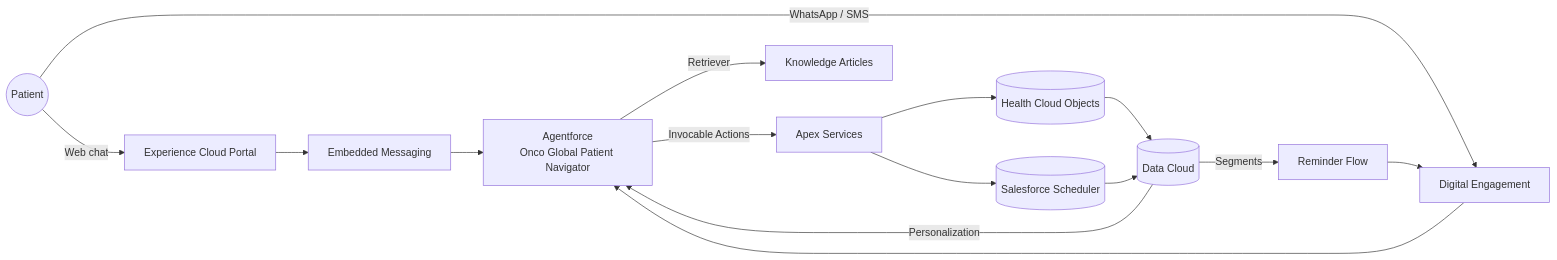
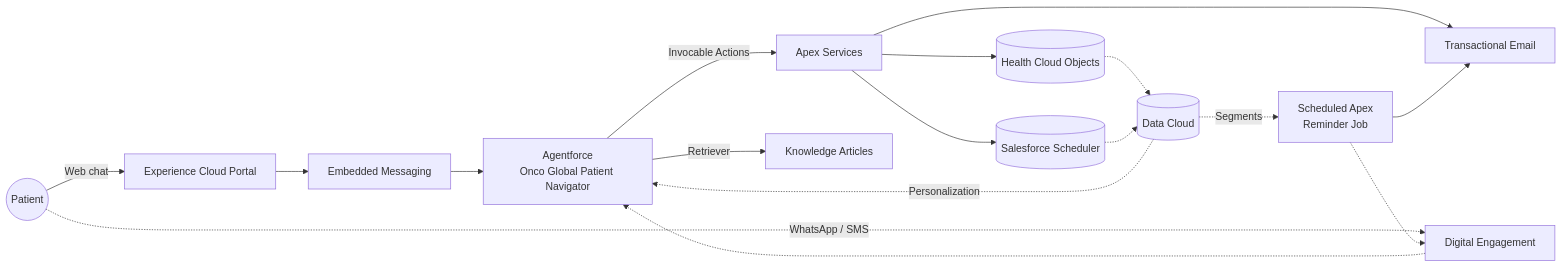
Before and after one commit to fsdev0108/Onco-Global-Patient-Navigator: the diagram in README.md, drawn with Mermaid. The commit also changed other lines of this file, not shown here.

Commit message:
Make README scope claims honest about web-only v1.0 reach
Three places overstated current channel coverage by listing WhatsApp /
SMS as if they were already shipped: the top-of-README description,
the architecture diagram, and the new roadmap intro paragraph. v1.0-mvp
ships only the Experience Cloud web-chat surface plus scheduled
transactional email; Digital Engagement (Phase 07) and Data Cloud
(Phase 08) are scoped but not yet built. Updated:

- Top description now says web-chat only with WhatsApp / SMS in roadmap.
- Architecture diagram dashes the not-yet-built edges (Patient -> DE,
  DE -> Agent, HC/Sch -> DC, DC -> Agent, DC -> Reminders, Reminders ->
  DE), adds the actually-built Apex -> Transactional Email node, and
  carries a one-line solid/dotted legend below.
- Roadmap intro paragraph now anchors v1.0 as web-chat only.

````diff
--- a/README.md
+++ b/README.md
@@ -20,17 +20,19 @@
 ```mermaid
 flowchart LR
     Patient((Patient)) -->|Web chat| Portal[Experience Cloud Portal]
-    Patient -->|WhatsApp / SMS| DE[Digital Engagement]
+    Patient -.->|WhatsApp / SMS| DE[Digital Engagement]
     Portal --> EM[Embedded Messaging]
     EM --> Agent[Agentforce<br/>Onco Global Patient Navigator]
-    DE --> Agent
+    DE -.-> Agent
     Agent -->|Invocable Actions| Apex[Apex Services]
     Agent -->|Retriever| KB[Knowledge Articles]
     Apex --> HC[(Health Cloud Objects)]
     Apex --> Sch[(Salesforce Scheduler)]
-    HC --> DC[(Data Cloud)]
-    Sch --> DC
-    DC -->|Personalization| Agent
-    DC -->|Segments| Reminders[Reminder Flow]
-    Reminders --> DE
+    Apex --> Email[Transactional Email]
+    Reminders[Scheduled Apex<br/>Reminder Job] --> Email
+    HC -.-> DC[(Data Cloud)]
+    Sch -.-> DC
+    DC -.->|Personalization| Agent
+    DC -.->|Segments| Reminders
+    Reminders -.-> DE
 ```
````
